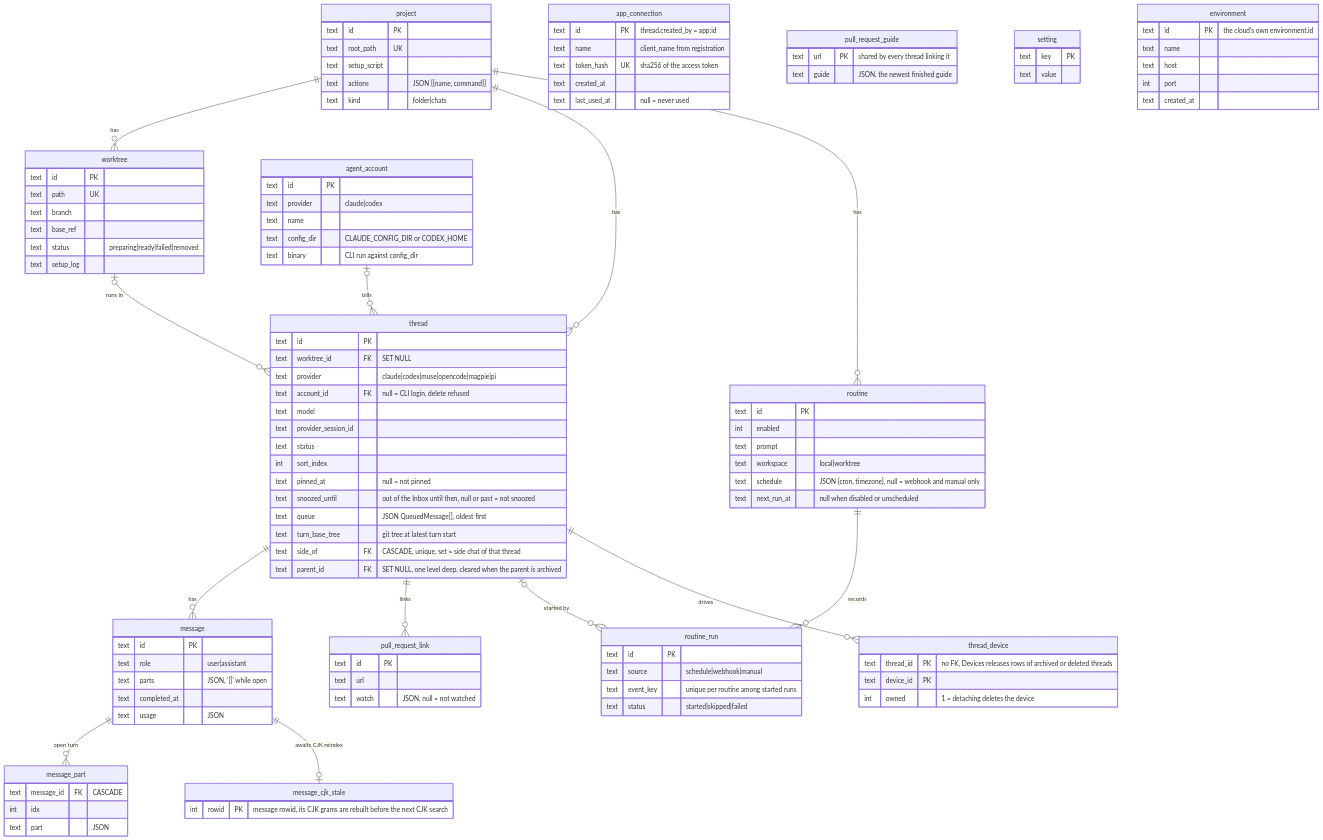
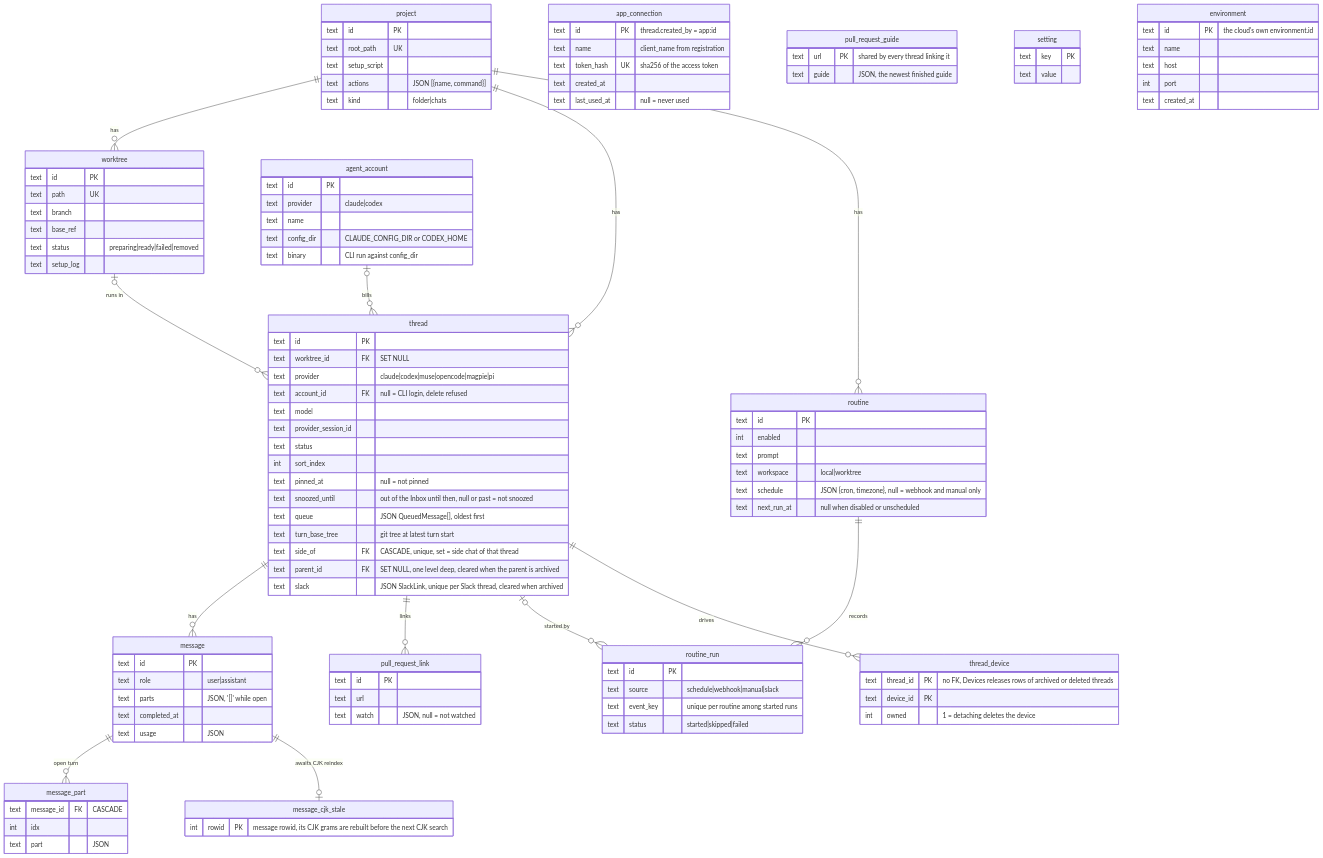
Diagram 12 of 19 in docs/arch.md (hinadev-ai/hinacode), drawn with Mermaid before and after one commit. The commit also changed other lines of this file and 2 other files, not shown here.

Commit message:
docs(slack): record what the start slice built

```diff
--- a/docs/arch.md
+++ b/docs/arch.md
@@ -471,6 +471,7 @@
     text turn_base_tree "git tree at latest turn start"
     text side_of FK "CASCADE, unique, set = side chat of that thread"
     text parent_id FK "SET NULL, one level deep, cleared when the parent is archived"
+    text slack "JSON SlackLink, unique per Slack thread, cleared when archived"
   }
   message {
     text id PK
@@ -511,7 +512,7 @@
   }
   routine_run {
     text id PK
-    text source "schedule|webhook|manual"
+    text source "schedule|webhook|manual|slack"
     text event_key "unique per routine among started runs"
     text status "started|skipped|failed"
   }
```
